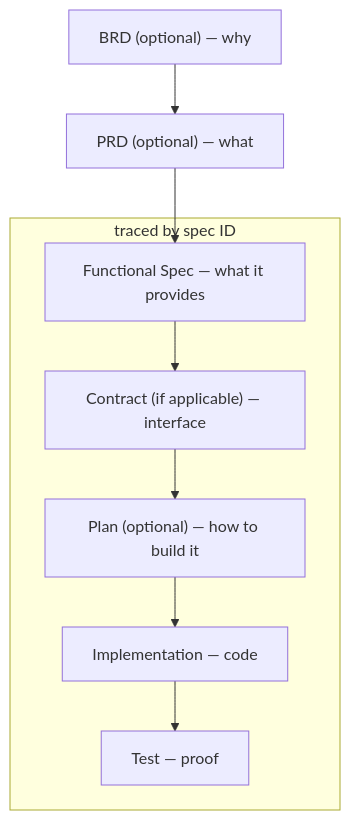
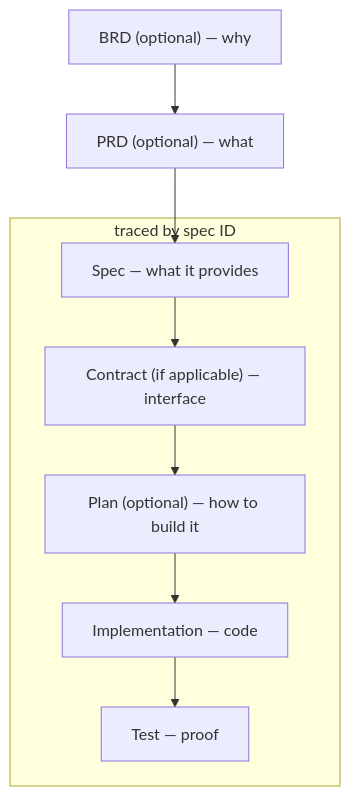
One commit to foreachpartners/main-spex changed the first of 2 diagrams in README.md. Above: the diagram before and after it, drawn with Mermaid. The commit also changed other lines of this file and 149 other files, not shown here.

First line of the commit message:
feat: rename functional spec to spec and rule spec to rule

````diff
--- a/README.md
+++ b/README.md
@@ -96,12 +96,12 @@
 ```mermaid
 flowchart TD
     BRD["BRD (optional) — why"] --> PRD["PRD (optional) — what"]
     PRD --> Func
 
     subgraph Traced ["traced by spec ID"]
-        Func["Functional Spec — what it provides"] --> Contract["Contract (if applicable) — interface"]
+        Func["Spec — what it provides"] --> Contract["Contract (if applicable) — interface"]
         Contract --> Plan["Plan (optional) — how to build it"]
         Plan --> Impl["Implementation — code"]
         Impl --> Test["Test — proof"]
     end
 ```
````
